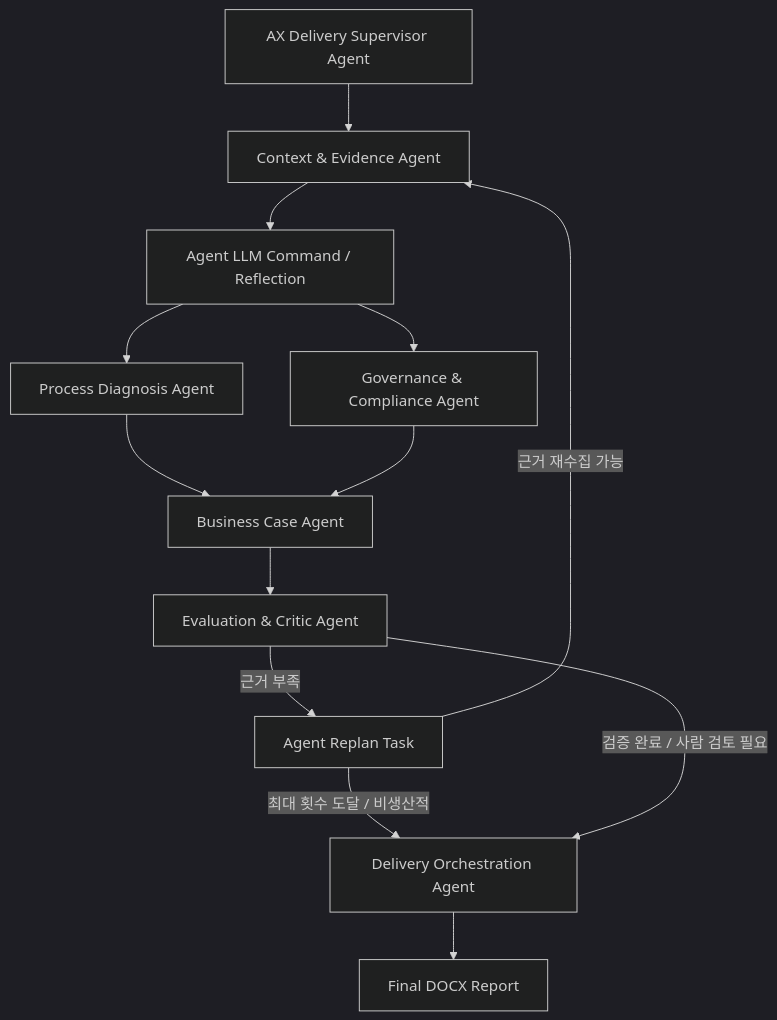
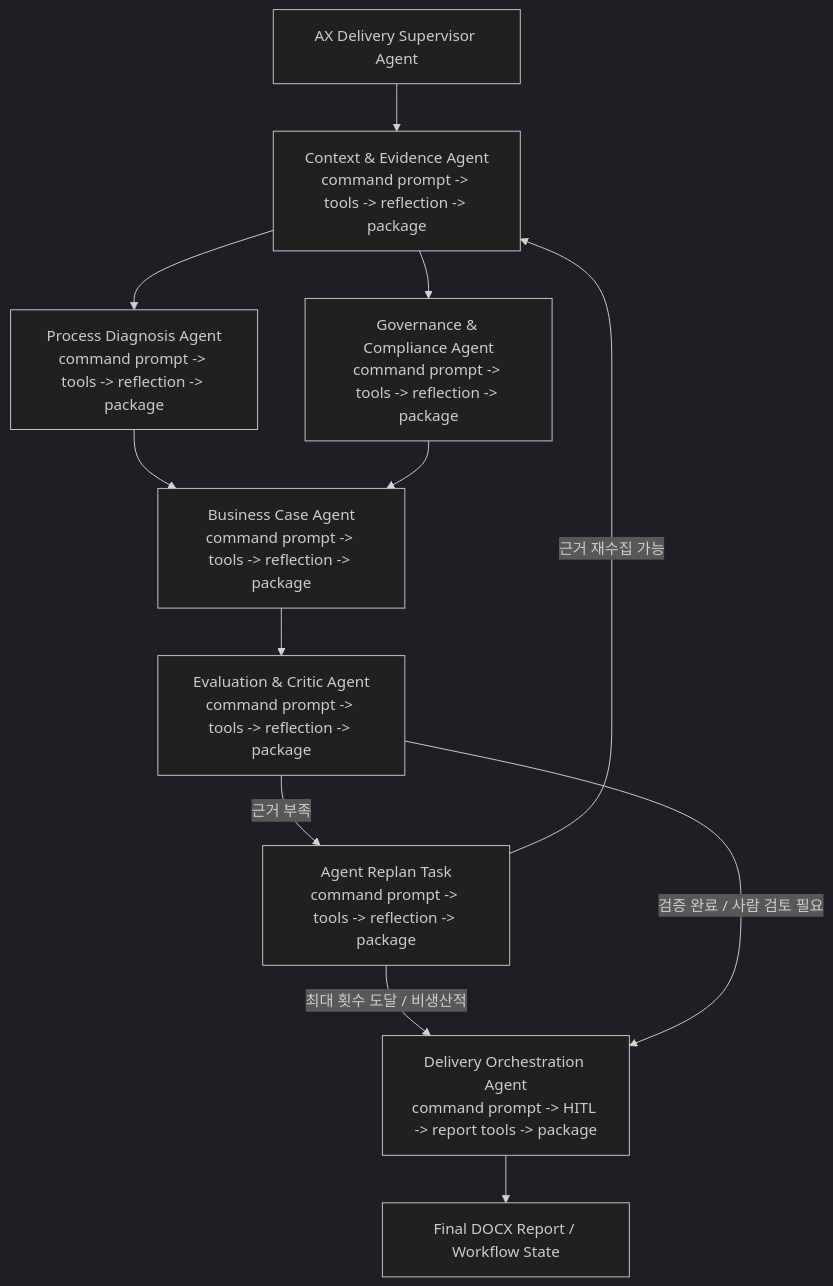
One commit to ohjaesik/AI_Agent changed the first of 2 diagrams in README.md. Above: the diagram before and after it, drawn with Mermaid (dark theme). The commit also changed other lines of this file, not shown here.

Commit message:
docs: refine README around internal agent prompts and deliverables

````diff
--- a/README.md
+++ b/README.md
@@ -139,20 +139,25 @@
 ```mermaid
 flowchart TD
     S[AX Delivery Supervisor Agent]
 
-    S --> C[Context & Evidence Agent]
-    C --> CLLM[Agent LLM Command / Reflection]
-    CLLM --> P[Process Diagnosis Agent]
-    CLLM --> G[Governance & Compliance Agent]
+    C[Context & Evidence Agent\ncommand prompt -> tools -> reflection -> package]
+    P[Process Diagnosis Agent\ncommand prompt -> tools -> reflection -> package]
+    G[Governance & Compliance Agent\ncommand prompt -> tools -> reflection -> package]
+    B[Business Case Agent\ncommand prompt -> tools -> reflection -> package]
+    E[Evaluation & Critic Agent\ncommand prompt -> tools -> reflection -> package]
+    R[Agent Replan Task\ncommand prompt -> tools -> reflection -> package]
+    D[Delivery Orchestration Agent\ncommand prompt -> HITL -> report tools -> package]
+    O[Final DOCX Report / Workflow State]
 
-    P --> B[Business Case Agent]
+    S --> C
+    C --> P
+    C --> G
+    P --> B
     G --> B
-
-    B --> E[Evaluation & Critic Agent]
-    E -->|근거 부족| R[Agent Replan Task]
+    B --> E
+    E -->|근거 부족| R
     R -->|근거 재수집 가능| C
-    R -->|최대 횟수 도달 / 비생산적| D[Delivery Orchestration Agent]
-
+    R -->|최대 횟수 도달 / 비생산적| D
     E -->|검증 완료 / 사람 검토 필요| D
-    D --> O[Final DOCX Report]
+    D --> O
 ```
````
